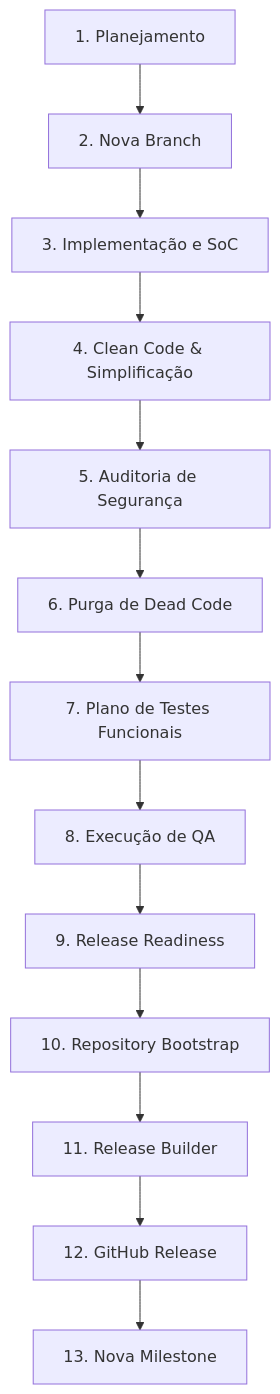
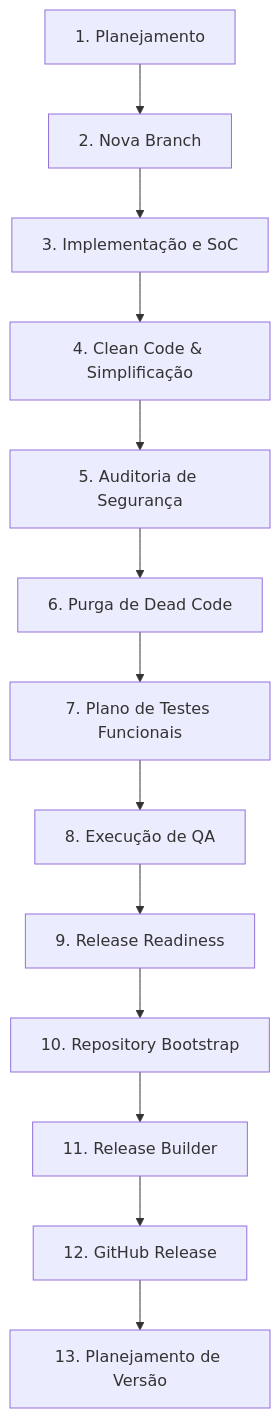
One commit to tdvieira/gerador_posts changed the diagram in docs/DEVELOPMENT_WORKFLOW.md. Above: the diagram before and after it, drawn with Mermaid. The commit also changed other lines of this file and 8 other files, not shown here.

````diff
--- a/docs/DEVELOPMENT_WORKFLOW.md
+++ b/docs/DEVELOPMENT_WORKFLOW.md
@@ -34,15 +35,15 @@
 ```mermaid
 graph TD
     A[1. Planejamento] --> B[2. Nova Branch]
     B --> C[3. Implementação e SoC]
     C --> D[4. Clean Code & Simplificação]
     D --> E[5. Auditoria de Segurança]
     E --> F[6. Purga de Dead Code]
     F --> G[7. Plano de Testes Funcionais]
     G --> H[8. Execução de QA]
     H --> I[9. Release Readiness]
     I --> J[10. Repository Bootstrap]
     J --> K[11. Release Builder]
     K --> L[12. GitHub Release]
-    L --> M[13. Nova Milestone]
+    L --> M[13. Planejamento de Versão]
 ```
````
